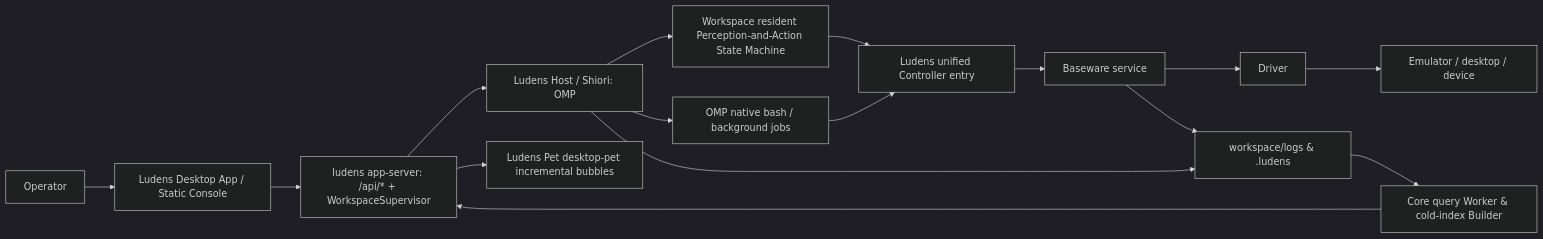
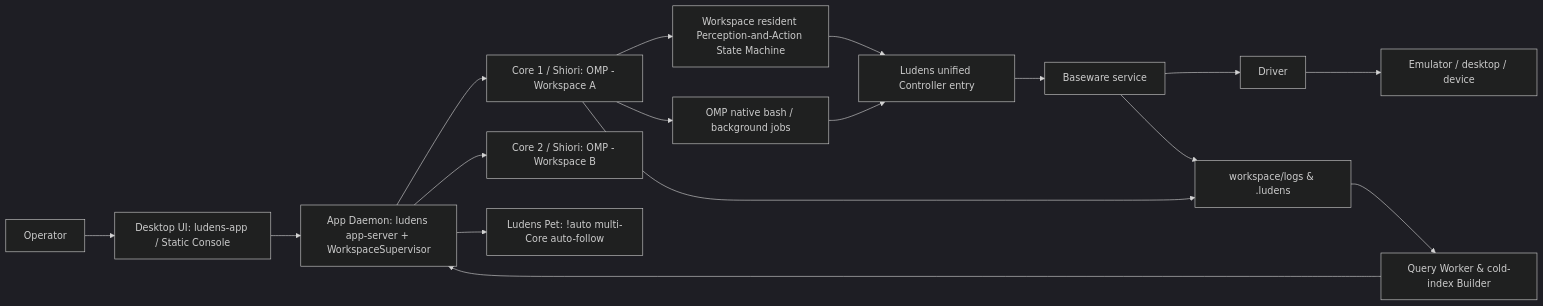
One commit to Arkevo-Lab/Ludens changed the diagram in docs/en/reference/architecture.md. Above: the diagram before and after it, drawn with Mermaid (dark theme). The commit also changed other lines of this file and 7 other files, not shown here.

Commit message:
docs(zh,en): document app daemon and multi-core concurrent architecture

````diff
--- a/docs/en/reference/architecture.md
+++ b/docs/en/reference/architecture.md
@@ -15,18 +14,19 @@
 ```mermaid
 flowchart LR
-    O[Operator] --> D[Ludens Desktop App / Static Console]
-    D --> Srv[ludens app-server: /api/* + WorkspaceSupervisor]
-    Srv --> H[Ludens Host / Shiori: OMP]
-    H --> P[Workspace resident Perception-and-Action State Machine]
-    H --> S[OMP native bash / background jobs]
+    O[Operator] --> D[Desktop UI: ludens-app / Static Console]
+    D --> Srv[App Daemon: ludens app-server + WorkspaceSupervisor]
+    Srv --> C1[Core 1 / Shiori: OMP - Workspace A]
+    Srv --> C2[Core 2 / Shiori: OMP - Workspace B]
+    C1 --> P[Workspace resident Perception-and-Action State Machine]
+    C1 --> S[OMP native bash / background jobs]
     S --> C[Ludens unified Controller entry]
     P --> C
     C --> B[Baseware service]
     B --> Dvr[Driver]
     Dvr --> E[Emulator / desktop / device]
-    H --> L[workspace/logs & .ludens]
+    C1 --> L[workspace/logs & .ludens]
     B --> L
-    L --> R[Core query Worker & cold-index Builder]
+    L --> R[Query Worker & cold-index Builder]
     R --> Srv
-    Srv --> A[Ludens Pet desktop-pet incremental bubbles]
+    Srv --> A[Ludens Pet: !auto multi-Core auto-follow]
 ```
````
